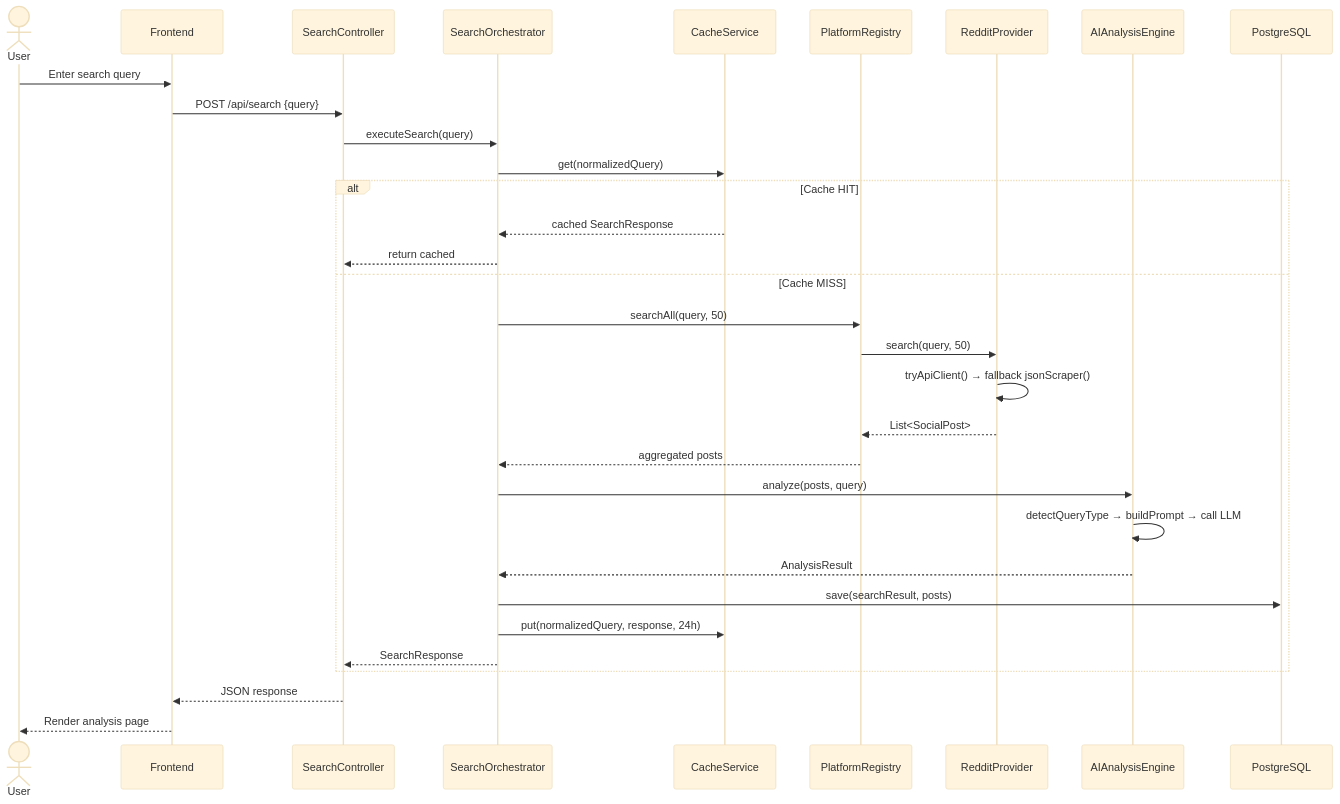
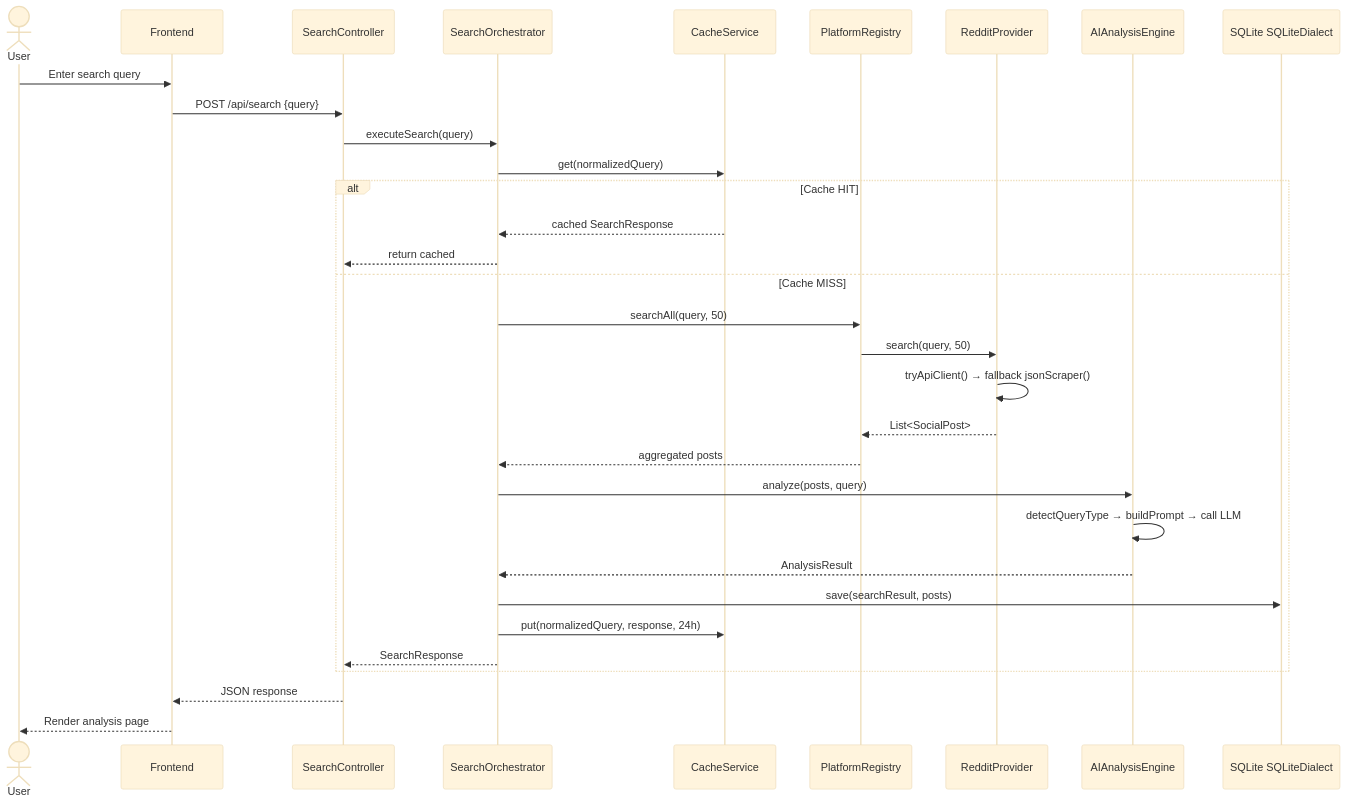
The seventh of 8 diagrams in architecture.md (anubhavbagri/CrowdLens), drawn with Mermaid (base theme) before and after one commit. The commit also changed other lines of this file and 3 other files, not shown here.

````diff
--- a/architecture.md
+++ b/architecture.md
@@ -377,38 +376,38 @@
 ```mermaid
 sequenceDiagram
     actor User
     participant FE as Frontend
     participant SC as SearchController
     participant SO as SearchOrchestrator
     participant CS as CacheService
     participant PR as PlatformRegistry
     participant RP as RedditProvider
     participant AI as AIAnalysisEngine
-    participant DB as PostgreSQL
+    participant DB as SQLite SQLiteDialect
 
     User->>FE: Enter search query
     FE->>SC: POST /api/search {query}
     SC->>SO: executeSearch(query)
     
     SO->>CS: get(normalizedQuery)
     alt Cache HIT
         CS-->>SO: cached SearchResponse
         SO-->>SC: return cached
     else Cache MISS
         SO->>PR: searchAll(query, 50)
         PR->>RP: search(query, 50)
         RP->>RP: tryApiClient() → fallback jsonScraper()
         RP-->>PR: List<SocialPost>
         PR-->>SO: aggregated posts
         
         SO->>AI: analyze(posts, query)
         AI->>AI: detectQueryType → buildPrompt → call LLM
         AI-->>SO: AnalysisResult
         
         SO->>DB: save(searchResult, posts)
         SO->>CS: put(normalizedQuery, response, 24h)
         SO-->>SC: SearchResponse
     end
     SC-->>FE: JSON response
     FE-->>User: Render analysis page
 ```
````
